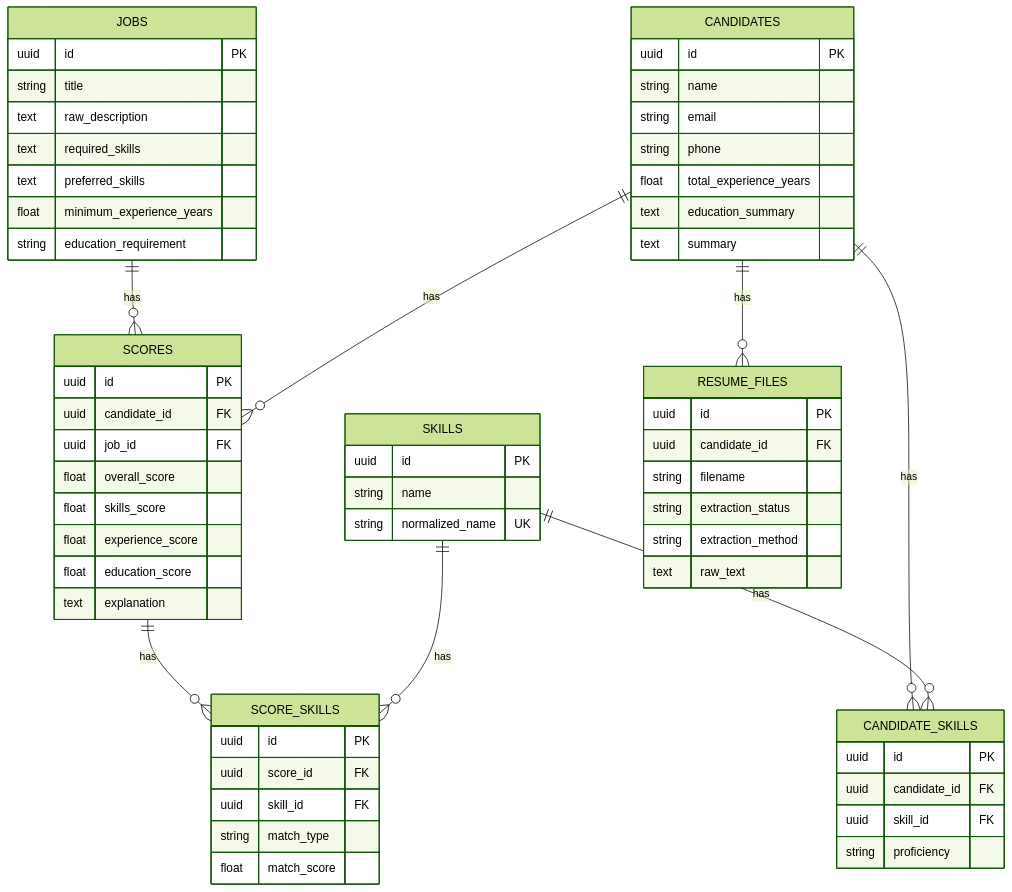
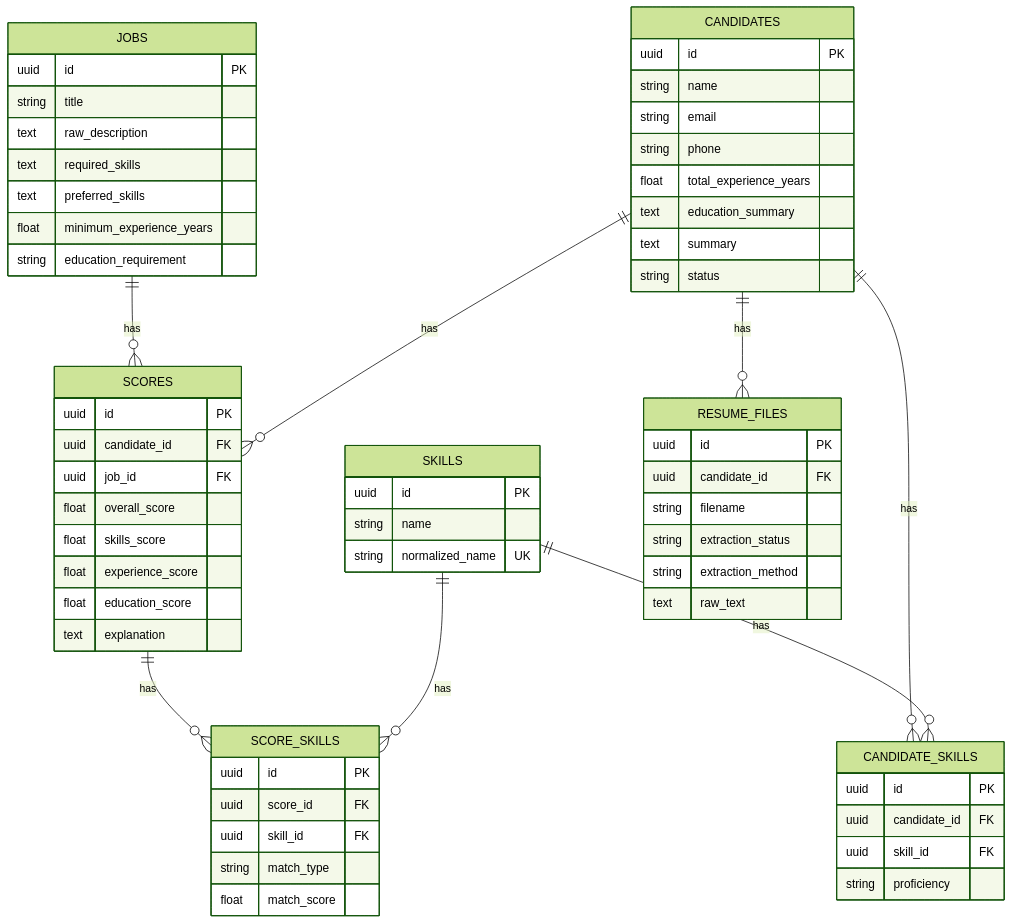
The first of 2 diagrams in README.md (suraj07nangare/ai-resume-screening-system), drawn with Mermaid (forest theme) before and after one commit. The commit also changed other lines of this file and 6 other files, not shown here.

````diff
--- a/README.md
+++ b/README.md
@@ -112,65 +3,66 @@
 ```mermaid
 erDiagram
     JOBS ||--o{ SCORES : has
     CANDIDATES ||--o{ SCORES : has
     CANDIDATES ||--o{ CANDIDATE_SKILLS : has
     SKILLS ||--o{ CANDIDATE_SKILLS : has
     CANDIDATES ||--o{ RESUME_FILES : has
     SCORES ||--o{ SCORE_SKILLS : has
     SKILLS ||--o{ SCORE_SKILLS : has
 
     JOBS {
         uuid id PK
         string title
         text raw_description
         text required_skills
         text preferred_skills
         float minimum_experience_years
         string education_requirement
     }
     CANDIDATES {
         uuid id PK
         string name
         string email
         string phone
         float total_experience_years
         text education_summary
         text summary
+        string status
     }
     SKILLS {
         uuid id PK
         string name
         string normalized_name UK
     }
     CANDIDATE_SKILLS {
         uuid id PK
         uuid candidate_id FK
         uuid skill_id FK
         string proficiency
     }
     RESUME_FILES {
         uuid id PK
         uuid candidate_id FK
         string filename
         string extraction_status
         string extraction_method
         text raw_text
     }
     SCORES {
         uuid id PK
         uuid candidate_id FK
         uuid job_id FK
         float overall_score
         float skills_score
         float experience_score
         float education_score
         text explanation
     }
     SCORE_SKILLS {
         uuid id PK
         uuid score_id FK
         uuid skill_id FK
         string match_type
         float match_score
     }
 ```
````
